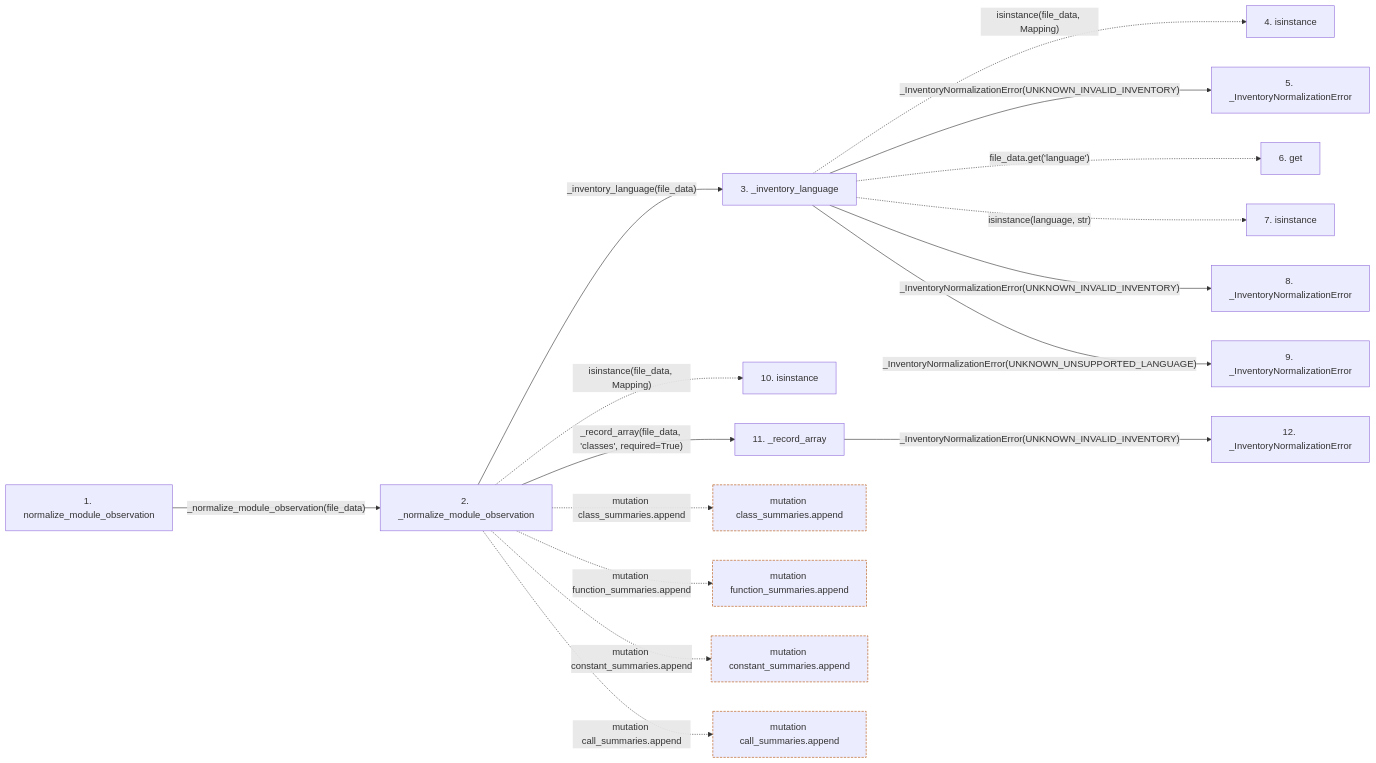
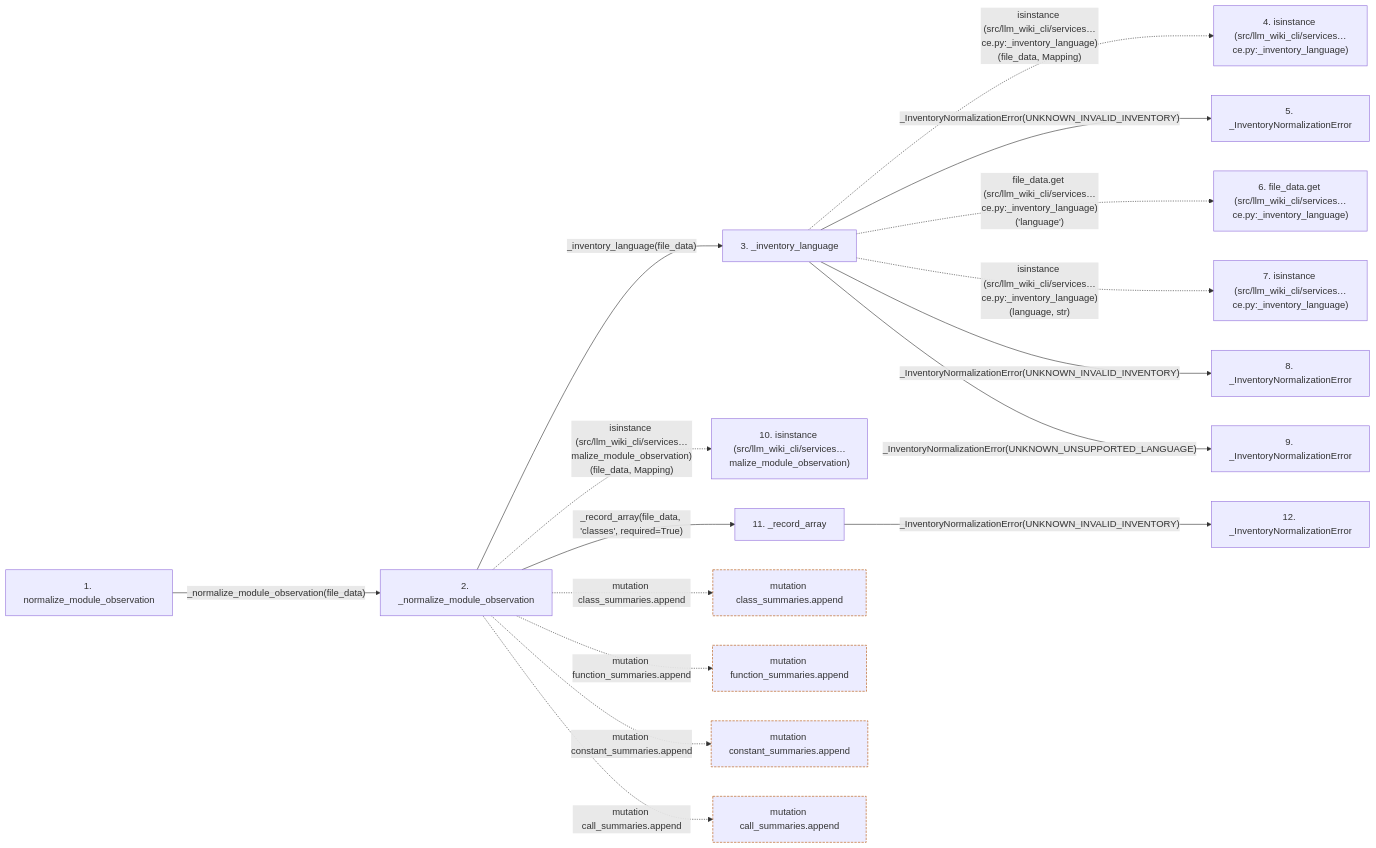
The second of 2 diagrams in docs/llm_wiki/flows/api-normalize_module_observation.md (Denissvgn/python-wiki-llm), drawn with Mermaid before and after one commit. The commit also changed other lines of this file and 719 other files, not shown here.

````diff
--- a/docs/llm_wiki/flows/api-normalize_module_observation.md
+++ b/docs/llm_wiki/flows/api-normalize_module_observation.md
@@ -63,47 +68,47 @@
 ```mermaid
 flowchart LR
     s1["1. normalize_module_observation"]
     s2["2. _normalize_module_observation"]
     s3["3. _inventory_language"]
-    s4["4. isinstance"]
+    s4["4. isinstance (src/llm_wiki_cli/services…ce.py:_inventory_language)"]
     s5["5. _InventoryNormalizationError"]
-    s6["6. get"]
-    s7["7. isinstance"]
+    s6["6. file_data.get (src/llm_wiki_cli/services…ce.py:_inventory_language)"]
+    s7["7. isinstance (src/llm_wiki_cli/services…ce.py:_inventory_language)"]
     s8["8. _InventoryNormalizationError"]
     s9["9. _InventoryNormalizationError"]
-    s10["10. isinstance"]
+    s10["10. isinstance (src/llm_wiki_cli/services…malize_module_observation)"]
     s11["11. _record_array"]
     s12["12. _InventoryNormalizationError"]
     s1 -->|"_normalize_module_observation(file_data)"| s2
     s2 -->|"_inventory_language(file_data)"| s3
-    s3 -. "isinstance(file_data, Mapping)" .-> s4
+    s3 -. "isinstance (src/llm_wiki_cli/services…ce.py:_inventory_language)(file_data, Mapping)" .-> s4
     s3 -->|"_InventoryNormalizationError(UNKNOWN_INVALID_INVENTORY)"| s5
-    s3 -. "file_data.get('language')" .-> s6
-    s3 -. "isinstance(language, str)" .-> s7
+    s3 -. "file_data.get (src/llm_wiki_cli/services…ce.py:_inventory_language)('language')" .-> s6
+    s3 -. "isinstance (src/llm_wiki_cli/services…ce.py:_inventory_language)(language, str)" .-> s7
     s3 -->|"_InventoryNormalizationError(UNKNOWN_INVALID_INVENTORY)"| s8
     s3 -->|"_InventoryNormalizationError(UNKNOWN_UNSUPPORTED_LANGUAGE)"| s9
-    s2 -. "isinstance(file_data, Mapping)" .-> s10
+    s2 -. "isinstance (src/llm_wiki_cli/services…malize_module_observation)(file_data, Mapping)" .-> s10
     s2 -->|"_record_array(file_data, 'classes', required=True)"| s11
     s11 -->|"_InventoryNormalizationError(UNKNOWN_INVALID_INVENTORY)"| s12
     b0["mutation class_summaries.append"]
     s2 -. "mutation class_summaries.append" .-> b0
     b1["mutation function_summaries.append"]
     s2 -. "mutation function_summaries.append" .-> b1
     b2["mutation constant_summaries.append"]
     s2 -. "mutation constant_summaries.append" .-> b2
     b3["mutation call_summaries.append"]
     s2 -. "mutation call_summaries.append" .-> b3
     click s1 "../modules/knowledge_evidence.md"
     click s2 "../modules/knowledge_evidence.md"
     click s3 "../modules/knowledge_evidence.md"
     click s5 "../modules/knowledge_evidence.md"
     click s8 "../modules/knowledge_evidence.md"
     click s9 "../modules/knowledge_evidence.md"
     click s11 "../modules/knowledge_evidence.md"
     click s12 "../modules/knowledge_evidence.md"
     classDef boundary stroke:#b45309,stroke-dasharray: 4 2
     class b0 boundary
     class b1 boundary
     class b2 boundary
     class b3 boundary
 ```
````
